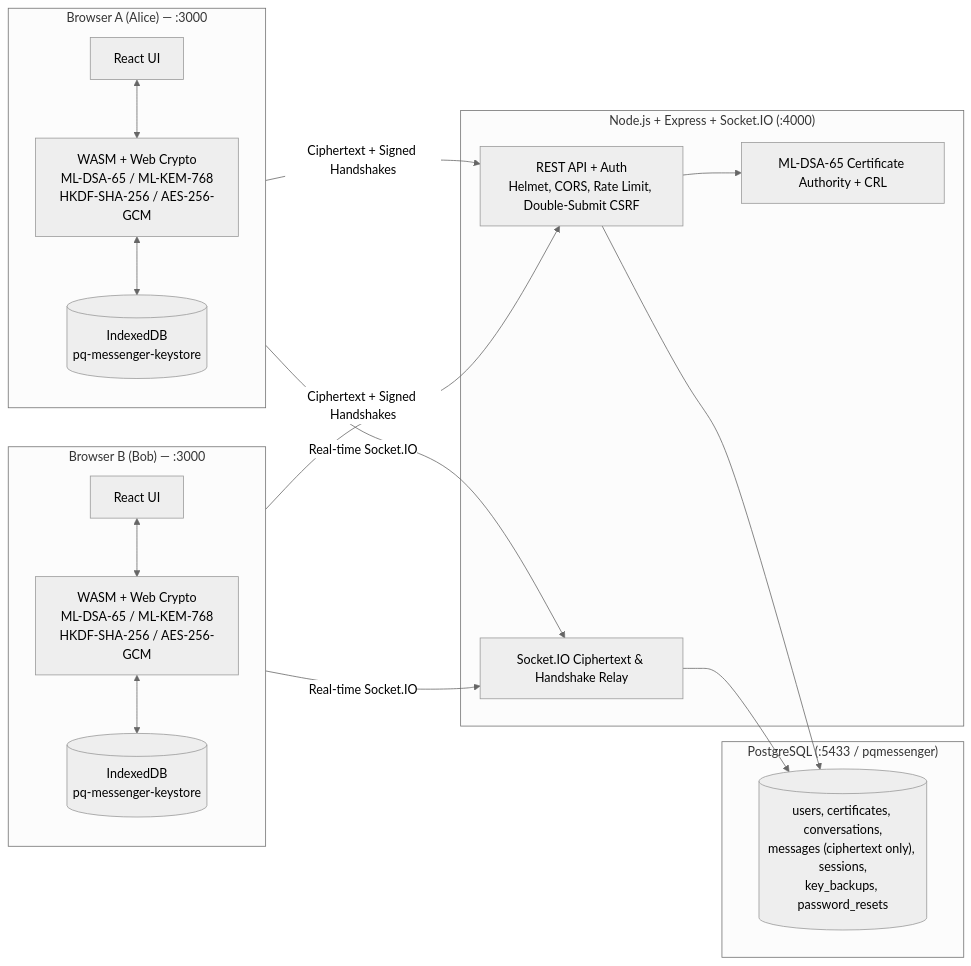
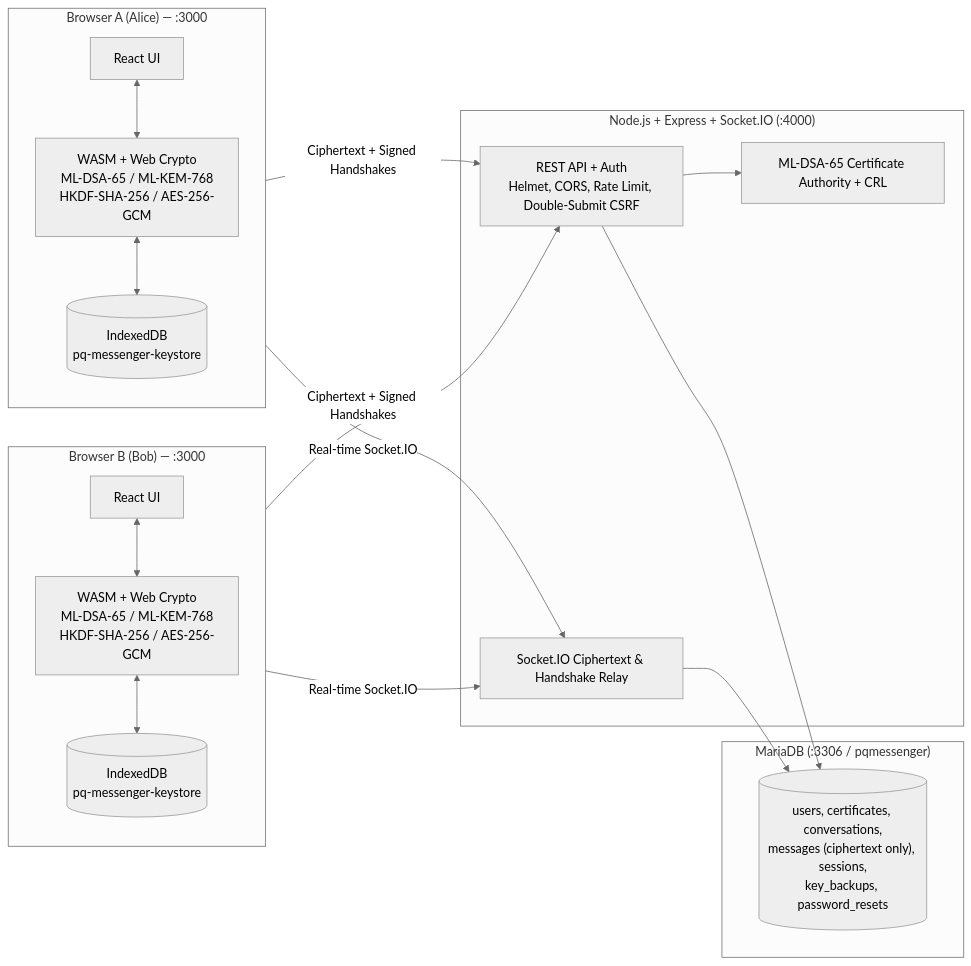
Before and after one commit to Milind39/Applied-Crypto-TA2-Project: the first of 2 diagrams in README.md, drawn with Mermaid (neutral theme). The commit also changed other lines of this file and 29 other files, not shown here.

Commit message:
feat: migrate to MariaDB, add mandatory email verification, fix message sync and password reset flows

````diff
--- a/README.md
+++ b/README.md
@@ -27,36 +27,36 @@
 ```mermaid
 flowchart LR
   subgraph BrowserA["Browser A (Alice) — :3000"]
     UI_A["React UI"]
     CRYPTO_A["WASM + Web Crypto\nML-DSA-65 / ML-KEM-768\nHKDF-SHA-256 / AES-256-GCM"]
     IDB_A[("IndexedDB\npq-messenger-keystore")]
     UI_A <--> CRYPTO_A
     CRYPTO_A <--> IDB_A
   end
 
   subgraph BrowserB["Browser B (Bob) — :3000"]
     UI_B["React UI"]
     CRYPTO_B["WASM + Web Crypto\nML-DSA-65 / ML-KEM-768\nHKDF-SHA-256 / AES-256-GCM"]
     IDB_B[("IndexedDB\npq-messenger-keystore")]
     UI_B <--> CRYPTO_B
     CRYPTO_B <--> IDB_B
   end
 
   subgraph Backend["Node.js + Express + Socket.IO (:4000)"]
     API["REST API + Auth\nHelmet, CORS, Rate Limit, Double-Submit CSRF"]
     WS["Socket.IO Ciphertext & Handshake Relay"]
     CA["ML-DSA-65 Certificate Authority + CRL"]
   end
 
-  subgraph DB["PostgreSQL (:5433 / pqmessenger)"]
+  subgraph DB["MariaDB (:3306 / pqmessenger)"]
     PG[("users, certificates, conversations,\nmessages (ciphertext only), sessions,\nkey_backups, password_resets")]
   end
 
   BrowserA -- "Ciphertext + Signed Handshakes" --> API
   BrowserA -- "Real-time Socket.IO" --> WS
   BrowserB -- "Ciphertext + Signed Handshakes" --> API
   BrowserB -- "Real-time Socket.IO" --> WS
   API --> CA
   API --> PG
   WS --> PG
 ```
````
